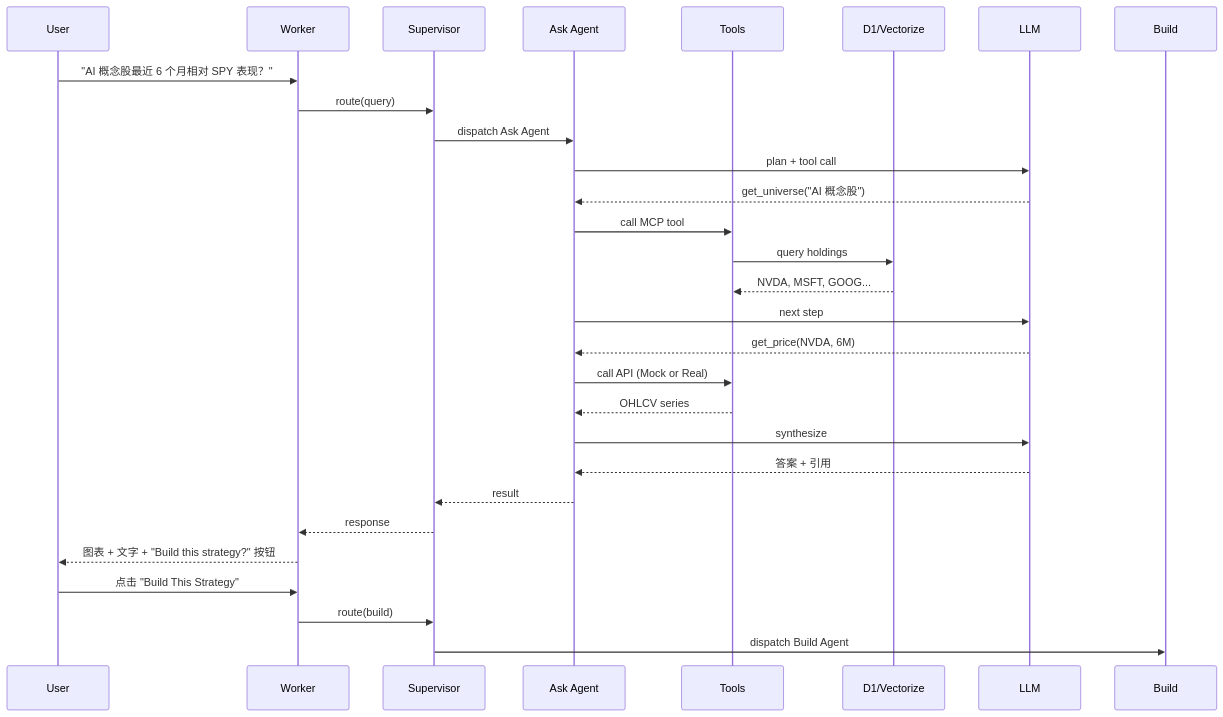
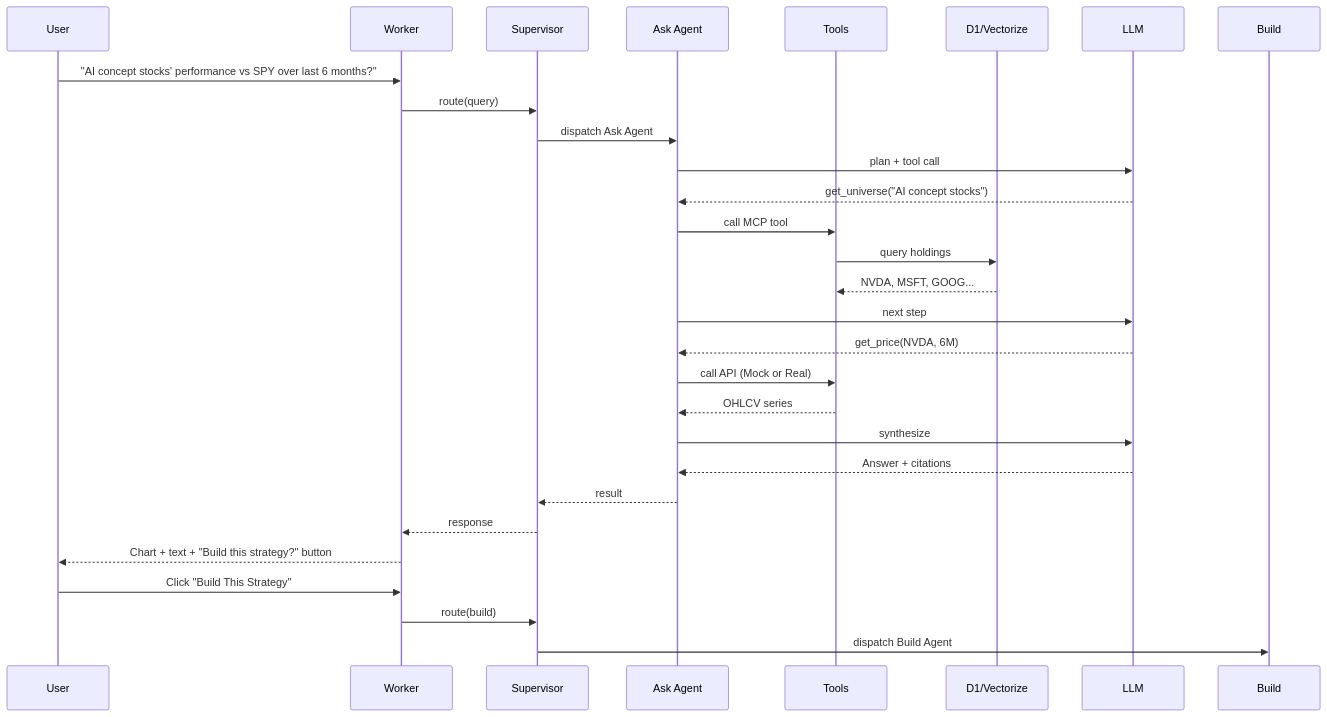
One commit to ZedeX/nova-invest changed the third of 6 diagrams in docs/architecture/architecture.md. Above: the diagram before and after it, drawn with Mermaid. The commit also changed other lines of this file and 42 other files, not shown here.

````diff
--- a/docs/architecture/architecture.md
+++ b/docs/architecture/architecture.md
@@ -109,31 +109,31 @@
 ```mermaid
 sequenceDiagram
     participant U as User
     participant W as Worker
     participant S as Supervisor
     participant A as Ask Agent
     participant T as Tools
     participant D as D1/Vectorize
     participant L as LLM
 
-    U->>W: "AI 概念股最近 6 个月相对 SPY 表现？"
+    U->>W: "AI concept stocks' performance vs SPY over last 6 months?"
     W->>S: route(query)
     S->>A: dispatch Ask Agent
     A->>L: plan + tool call
-    L-->>A: get_universe("AI 概念股")
+    L-->>A: get_universe("AI concept stocks")
     A->>T: call MCP tool
     T->>D: query holdings
     D-->>T: NVDA, MSFT, GOOG...
     A->>L: next step
     L-->>A: get_price(NVDA, 6M)
     A->>T: call API (Mock or Real)
     T-->>A: OHLCV series
     A->>L: synthesize
-    L-->>A: 答案 + 引用
+    L-->>A: Answer + citations
     A-->>S: result
     S-->>W: response
-    W-->>U: 图表 + 文字 + "Build this strategy?" 按钮
-    U->>W: 点击 "Build This Strategy"
+    W-->>U: Chart + text + "Build this strategy?" button
+    U->>W: Click "Build This Strategy"
     W->>S: route(build)
     S->>Build: dispatch Build Agent
 ```
````
